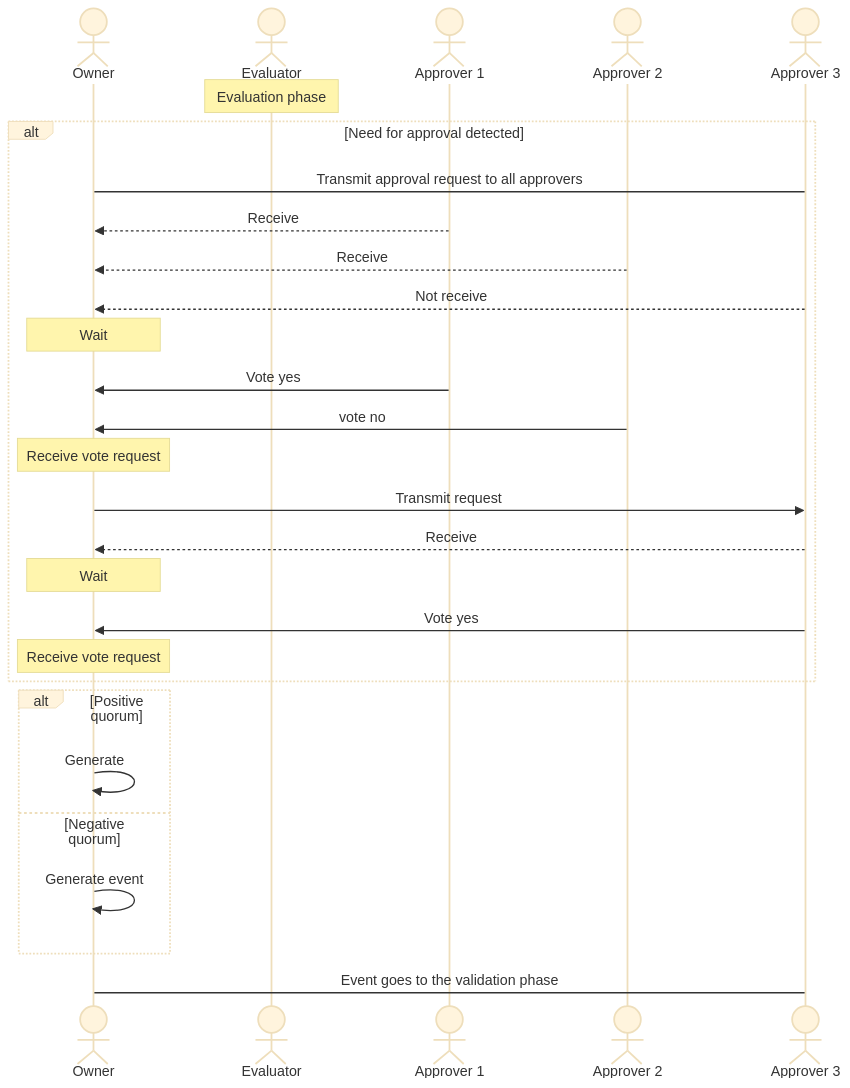
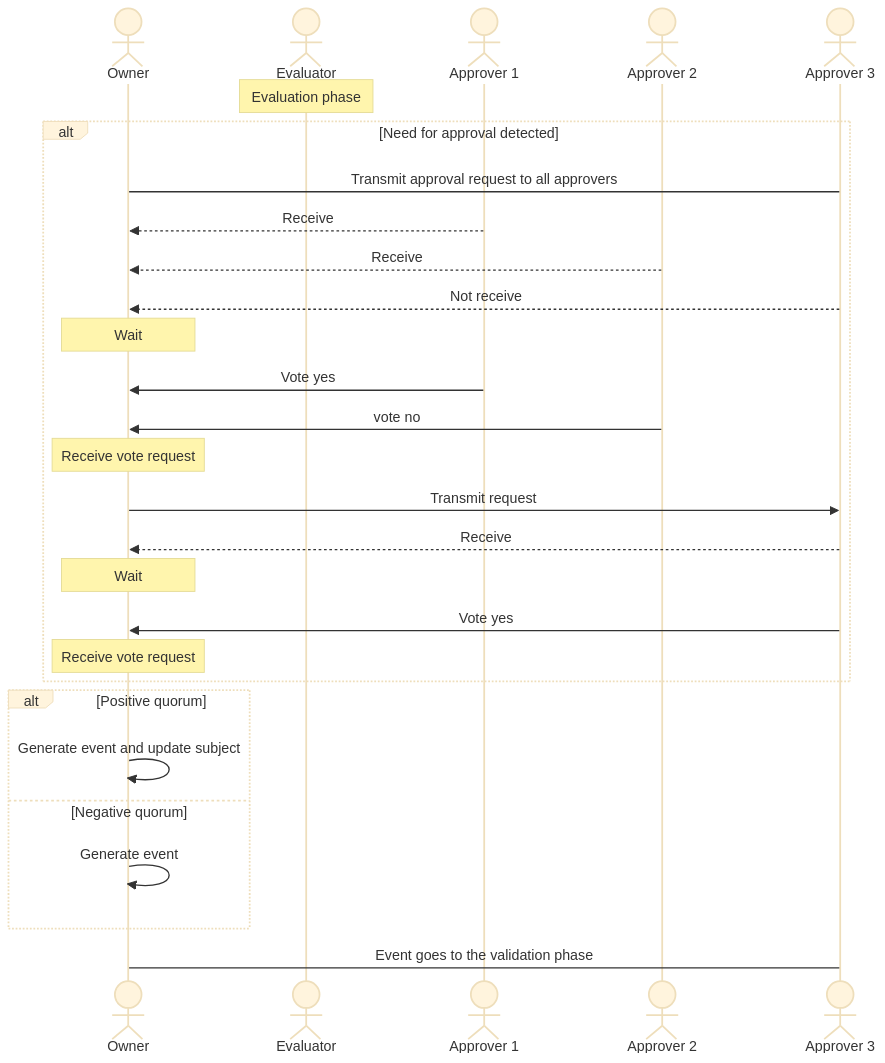
Before and after one commit to opencanarias/taple-docsite: the diagram in docs/discover/event-approval-process.md, drawn with Mermaid (base theme). The commit also changed other lines of this file and 3 other files, not shown here.

````diff
--- a/docs/discover/event-approval-process.md
+++ b/docs/discover/event-approval-process.md
@@ -21,33 +25,33 @@
 ```mermaid
 sequenceDiagram
     %% Comentarios pendientes a que este la invocación externa
     %% actor Invocador
     actor Owner
     actor Evaluator
     actor Approver 1
     actor Approver 2
     actor Approver 3
     %% Invocador->>Owner: Submit an event request
     Note over Evaluator: Evaluation phase
     alt Need for approval detected
       Owner->Approver 3: Transmit approval request to all approvers
       Approver 1-->>Owner: Receive
       Approver 2-->>Owner: Receive
       Approver 3-->>Owner: Not receive
       Note over Owner: Wait
       Approver 1->>Owner: Vote yes
       Approver 2->>Owner: vote no
       Note over Owner: Receive vote request
       Owner->>Approver 3: Transmit request
       Approver 3-->>Owner: Receive
       Note over Owner: Wait
       Approver 3->>Owner: Vote yes
       Note over Owner: Receive vote request
     end
     alt Positive quorum
-      Owner->>Owner: Generate
+      Owner->>Owner: Generate event and update subject
     else Negative quorum
       Owner->>Owner: Generate event
     end
     Owner->Approver 3: Event goes to the validation phase
 ```
````
